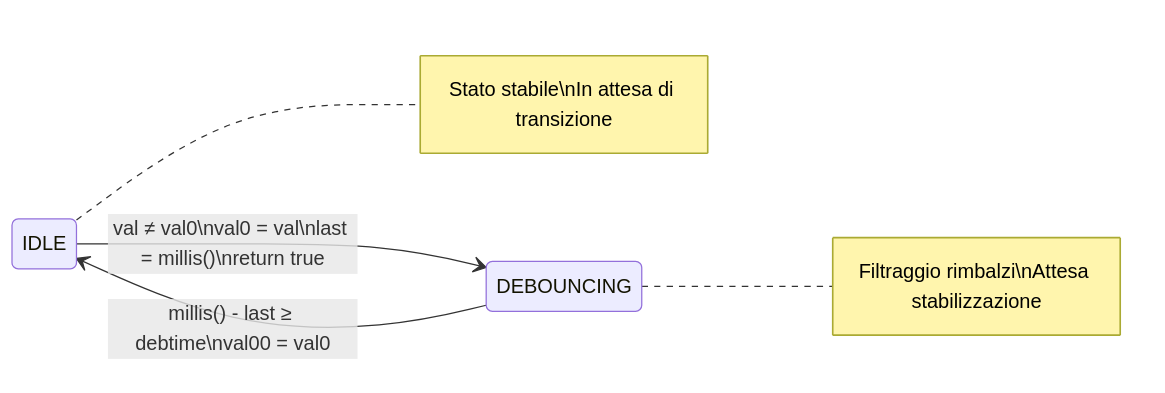
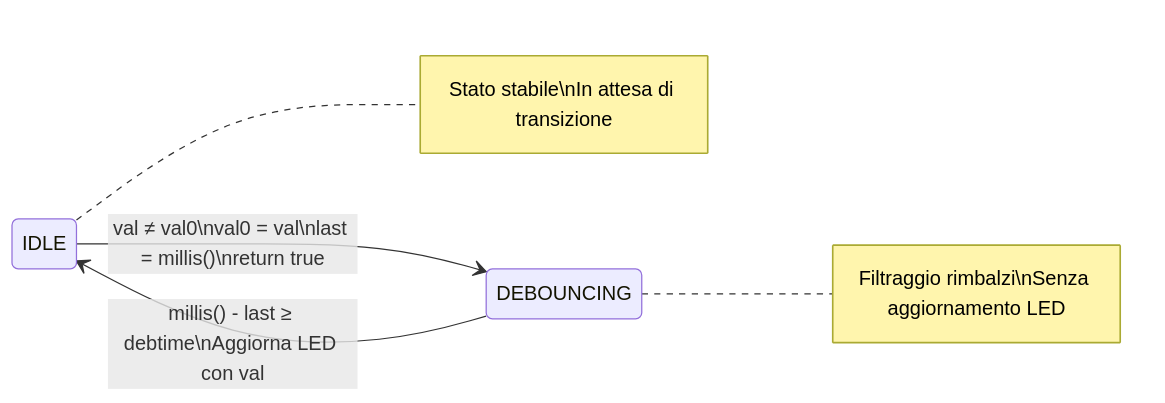
The diagram in debouncerFSM2.md (sebastianomelita/ArduinoBareMetal), drawn with Mermaid before and after one commit. The commit also changed other lines of this file, not shown here.

````diff
--- a/debouncerFSM2.md
+++ b/debouncerFSM2.md
@@ -153,12 +136,12 @@
 ```mermaid
 %%{init: {'theme': 'default', 'themeVariables': { 'primaryColor': '#ffffff', 'primaryTextColor': '#000000', 'primaryBorderColor': '#000000', 'lineColor': '#000000', 'secondaryColor': '#f4f4f4', 'tertiaryColor': '#ffffff' }}}%%
 stateDiagram-v2
     direction LR
     
     IDLE --> DEBOUNCING: val ≠ val0\nval0 = val\nlast = millis()\nreturn true
-    DEBOUNCING --> IDLE: millis() - last ≥ debtime\nval00 = val0
+    DEBOUNCING --> IDLE: millis() - last ≥ debtime\nAggiorna LED con val
     
     note right of IDLE: Stato stabile\nIn attesa di transizione
-    note right of DEBOUNCING: Filtraggio rimbalzi\nAttesa stabilizzazione
+    note right of DEBOUNCING: Filtraggio rimbalzi\nSenza aggiornamento LED
 
 ```
````
